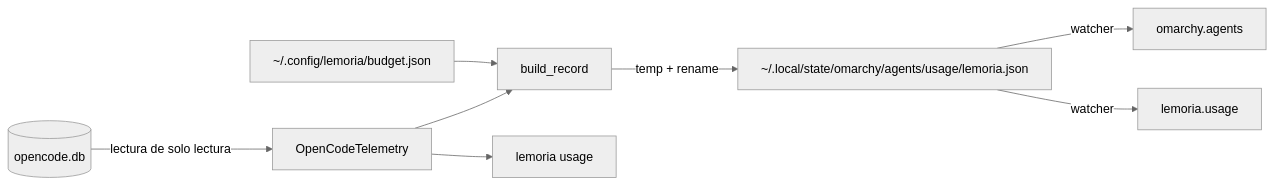
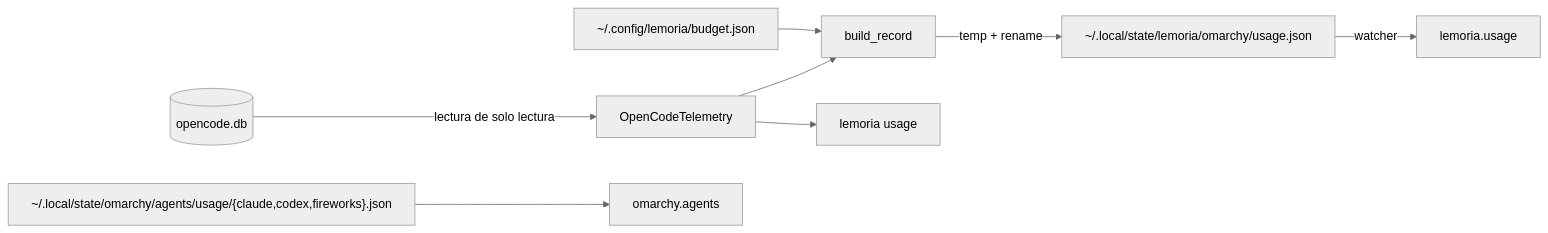
Before and after one commit to devcristianlopez/lemoria: the diagram in docs/AGENT-MANAGEMENT.md, drawn with Mermaid (neutral theme). The commit also changed other lines of this file and 8 other files, not shown here.

First line of the commit message:
fix(omarchy): aislar lemoria.usage del panel nativo

````diff
--- a/docs/AGENT-MANAGEMENT.md
+++ b/docs/AGENT-MANAGEMENT.md
@@ -249,10 +244,10 @@
 ```mermaid
 flowchart LR
   OC[("opencode.db")] -->|lectura de solo lectura| TEL[OpenCodeTelemetry]
   BUD["~/.config/lemoria/budget.json"] --> REC[build_record]
   TEL --> REC
-  REC -->|temp + rename| DIR["~/.local/state/omarchy/agents/usage/lemoria.json"]
-  DIR -->|watcher| OLD[omarchy.agents]
+  REC -->|temp + rename| DIR["~/.local/state/lemoria/omarchy/usage.json"]
   DIR -->|watcher| NEW[lemoria.usage]
+  NATIVE["~/.local/state/omarchy/agents/usage/{claude,codex,fireworks}.json"] --> OLD[omarchy.agents]
   TEL --> CLI[lemoria usage]
 ```
````
